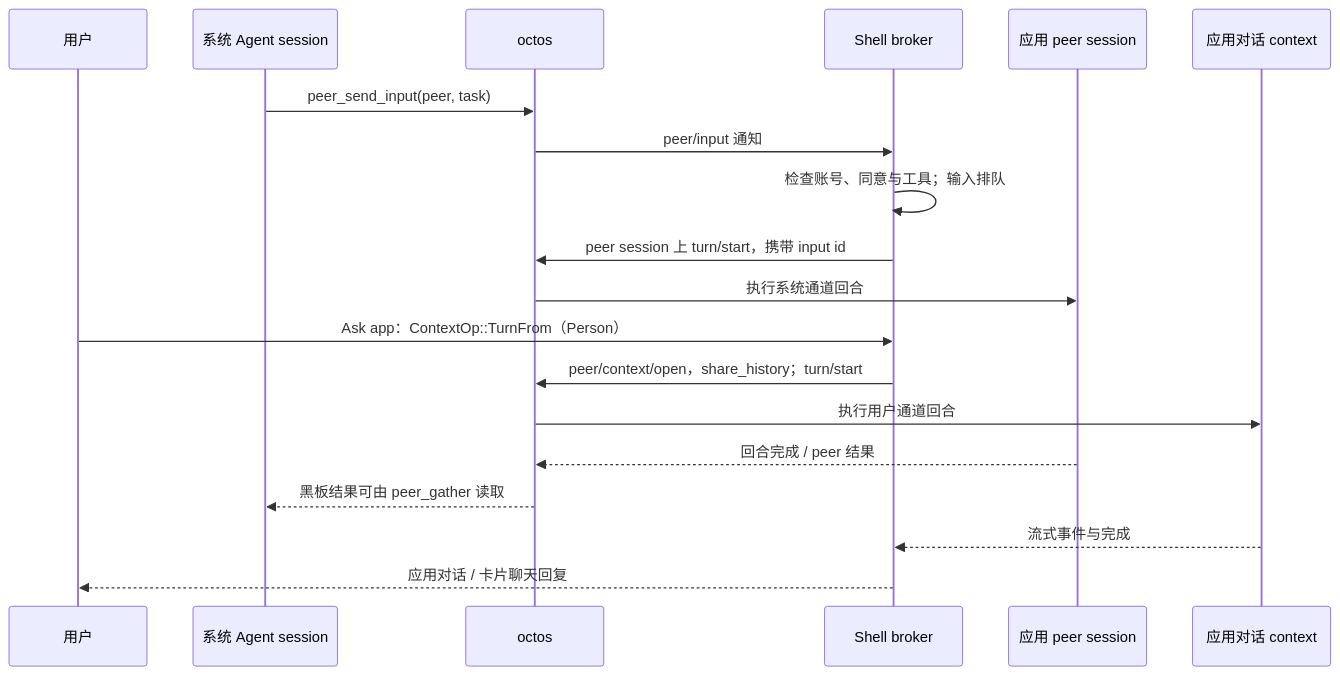
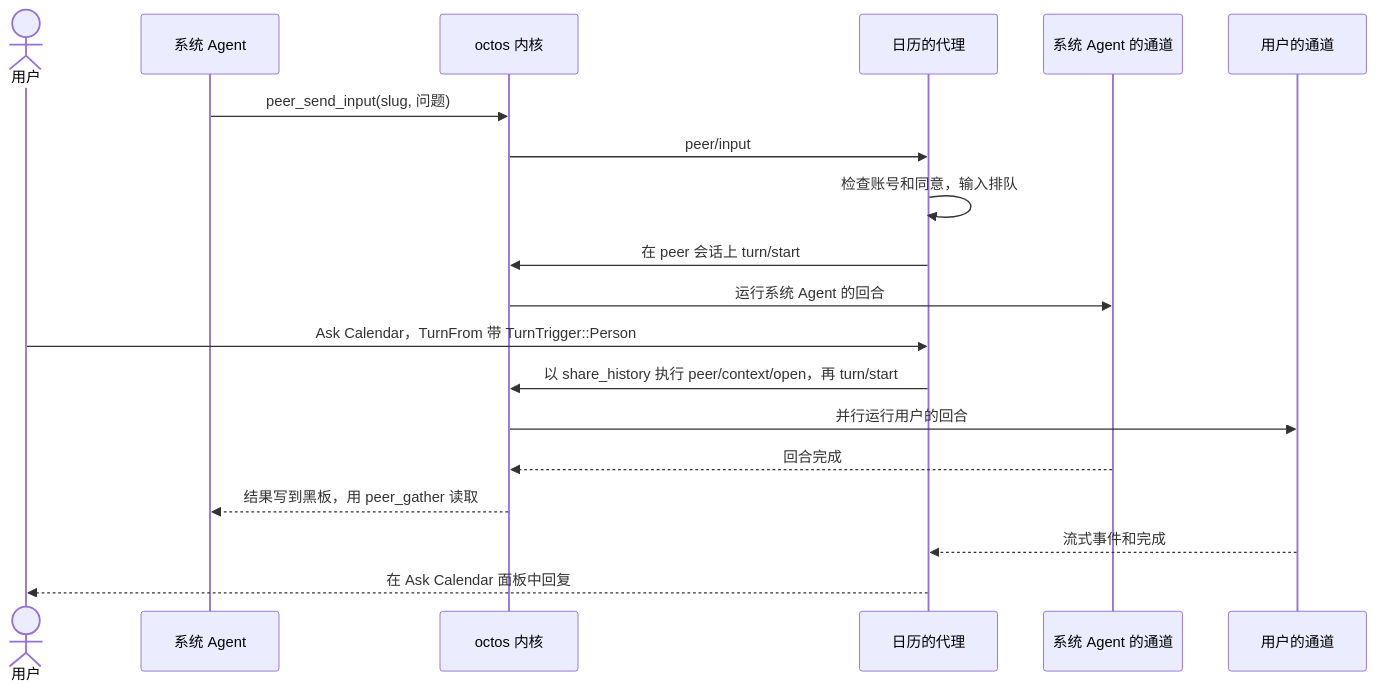
Before and after one commit to OctoSense-org/OctoSense: the first of 2 diagrams in docs/architecture-walkthrough.zh-CN.md, drawn with Mermaid. The commit also changed other lines of this file and 12 other files, not shown here.

````diff
--- a/docs/architecture-walkthrough.zh-CN.md
+++ b/docs/architecture-walkthrough.zh-CN.md
@@ -100,21 +82,21 @@
 ```mermaid
 sequenceDiagram
-    participant H as 用户
-    participant S as 系统 Agent session
-    participant K as octos
-    participant B as Shell broker
-    participant A as 应用 peer session
-    participant C as 应用对话 context
-    S->>K: peer_send_input(peer, task)
-    K->>B: peer/input 通知
-    B->>B: 检查账号、同意与工具；输入排队
-    B->>K: peer session 上 turn/start，携带 input id
-    K->>A: 执行系统通道回合
-    H->>B: Ask app：ContextOp::TurnFrom（Person）
-    B->>K: peer/context/open，share_history；turn/start
-    K->>C: 执行用户通道回合
-    A-->>K: 回合完成 / peer 结果
-    K-->>S: 黑板结果可由 peer_gather 读取
-    C-->>B: 流式事件与完成
-    B-->>H: 应用对话 / 卡片聊天回复
+    actor P as 用户
+    participant S as 系统 Agent
+    participant K as octos 内核
+    participant B as 日历的代理
+    participant L1 as 系统 Agent 的通道
+    participant L2 as 用户的通道
+    S->>K: peer_send_input(slug, 问题)
+    K->>B: peer/input
+    B->>B: 检查账号和同意，输入排队
+    B->>K: 在 peer 会话上 turn/start
+    K->>L1: 运行系统 Agent 的回合
+    P->>B: Ask Calendar，TurnFrom 带 TurnTrigger::Person
+    B->>K: 以 share_history 执行 peer/context/open，再 turn/start
+    K->>L2: 并行运行用户的回合
+    L1-->>K: 回合完成
+    K-->>S: 结果写到黑板，用 peer_gather 读取
+    L2-->>B: 流式事件和完成
+    B-->>P: 在 Ask Calendar 面板中回复
 ```
````
